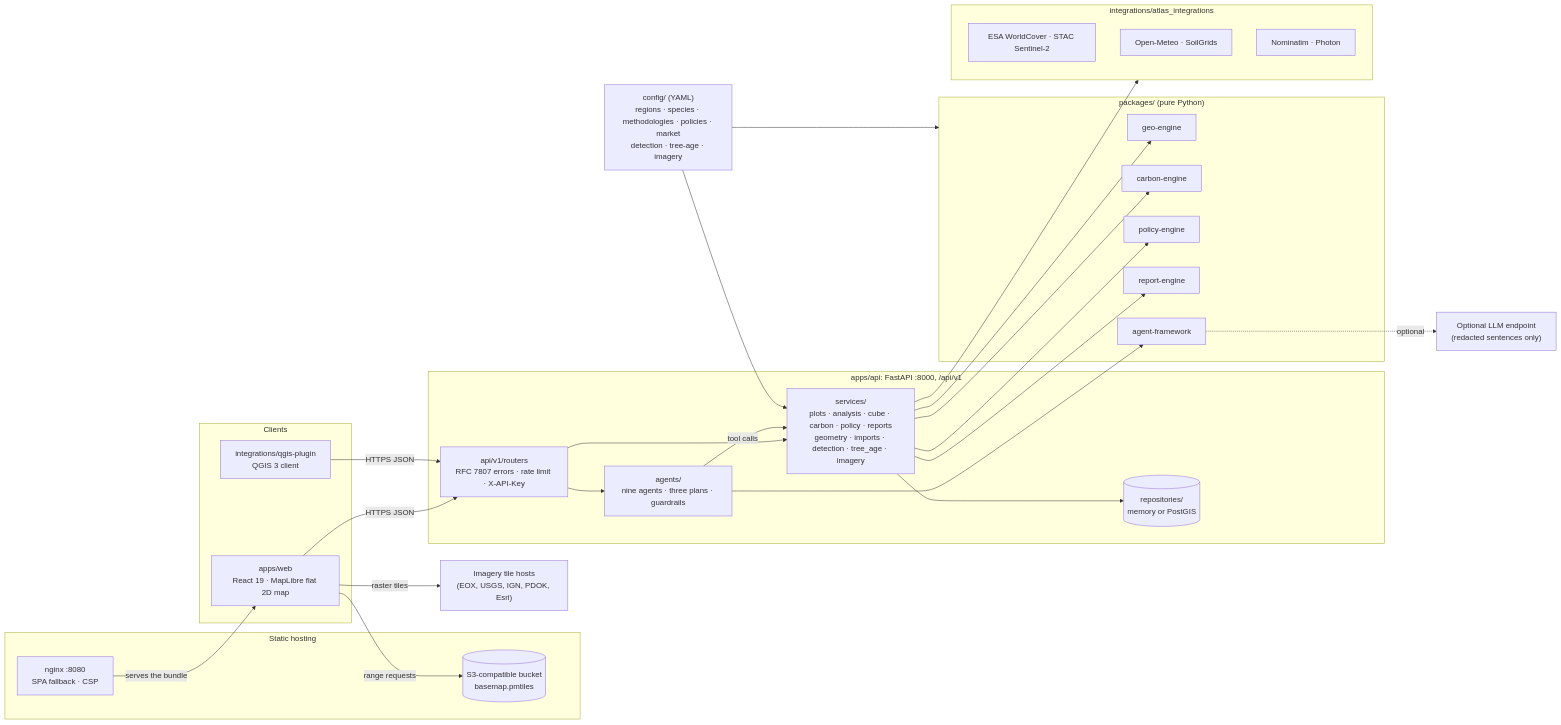
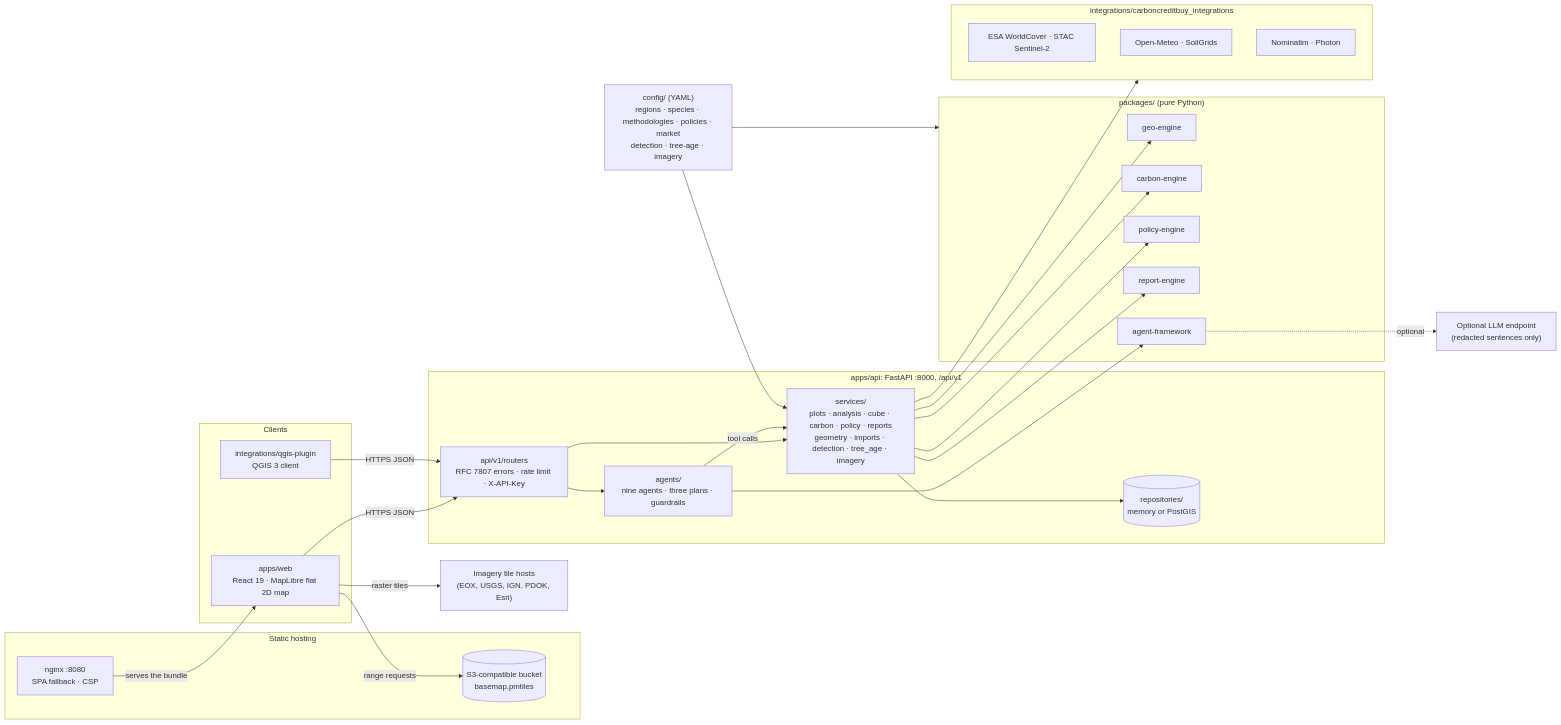
The diagram in docs/architecture/system-architecture.md (pavangemmanjunath-cell/AI_Carbon_Credits_Fram_Land), drawn with Mermaid before and after one commit. The commit also changed other lines of this file and 358 other files, not shown here.

````diff
--- a/docs/architecture/system-architecture.md
+++ b/docs/architecture/system-architecture.md
@@ -14,58 +14,58 @@
 ```mermaid
 flowchart LR
     subgraph Clients["Clients"]
         WEB["apps/web<br/>React 19 · MapLibre flat 2D map"]
         QGIS["integrations/qgis-plugin<br/>QGIS 3 client"]
     end
 
     subgraph Hosting["Static hosting"]
         NGINX["nginx :8080<br/>SPA fallback · CSP"]
         TILES[("S3-compatible bucket<br/>basemap.pmtiles")]
     end
 
     IMG["Imagery tile hosts<br/>(EOX, USGS, IGN, PDOK, Esri)"]
 
     subgraph API["apps/api: FastAPI :8000, /api/v1"]
         ROUTES["api/v1/routers<br/>RFC 7807 errors · rate limit · X-API-Key"]
         SERVICES["services/<br/>plots · analysis · cube · carbon · policy · reports<br/>geometry · imports · detection · tree_age · imagery"]
         AGENTS["agents/<br/>nine agents · three plans · guardrails"]
         REPO[("repositories/<br/>memory or PostGIS")]
     end
 
     subgraph Packages["packages/ (pure Python)"]
         GEO["geo-engine"]
         CARBON["carbon-engine"]
         POLICY["policy-engine"]
         REPORT["report-engine"]
         FW["agent-framework"]
     end
 
     CONFIG["config/ (YAML)<br/>regions · species · methodologies · policies · market<br/>detection · tree-age · imagery"]
 
-    subgraph Adapters["integrations/atlas_integrations"]
+    subgraph Adapters["integrations/carboncreditbuy_integrations"]
         EO["ESA WorldCover · STAC Sentinel-2"]
         MET["Open-Meteo · SoilGrids"]
         GEOC["Nominatim · Photon"]
     end
 
     LLM["Optional LLM endpoint<br/>(redacted sentences only)"]
 
     NGINX -- "serves the bundle" --> WEB
     WEB -- "HTTPS JSON" --> ROUTES
     QGIS -- "HTTPS JSON" --> ROUTES
     WEB -- "range requests" --> TILES
     WEB -- "raster tiles" --> IMG
     ROUTES --> SERVICES
     ROUTES --> AGENTS
     AGENTS -- "tool calls" --> SERVICES
     AGENTS --> FW
     SERVICES --> REPO
     SERVICES --> GEO
     SERVICES --> CARBON
     SERVICES --> POLICY
     SERVICES --> REPORT
     SERVICES --> Adapters
     CONFIG --> SERVICES
     CONFIG --> Packages
     FW -. "optional" .-> LLM
 ```
````
